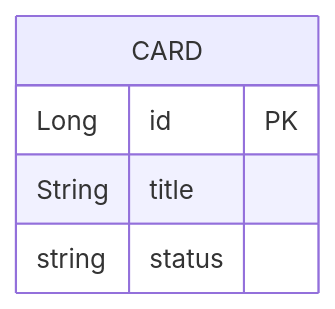
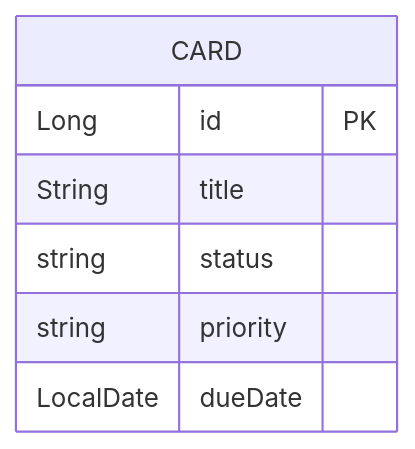
The diagram in docs/database.md (takahiromorikawa/TaskManagement), drawn with Mermaid before and after one commit. The commit also changed other lines of this file and 4 other files, not shown here.

````diff
--- a/docs/database.md
+++ b/docs/database.md
@@ -20,8 +26,10 @@
 ```mermaid
 erDiagram
     CARD {
         Long id PK
         String title
         string status
+        string priority
+        LocalDate dueDate
     }
 ```
````
